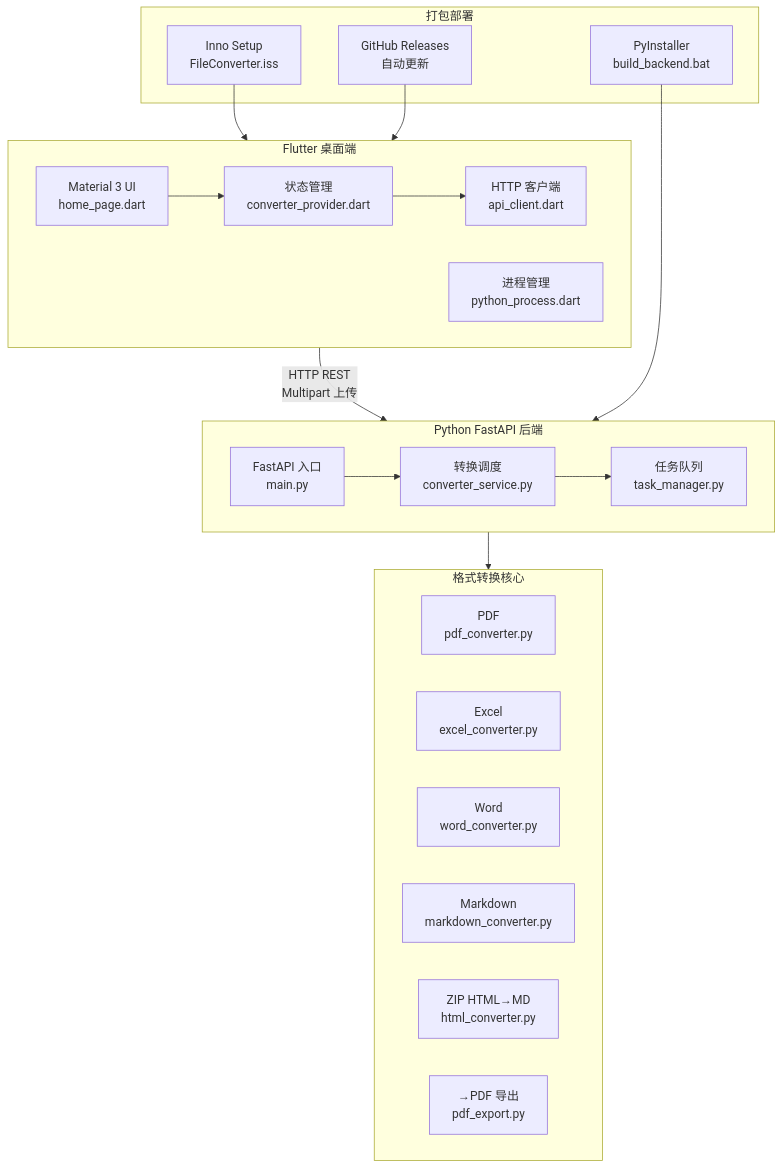
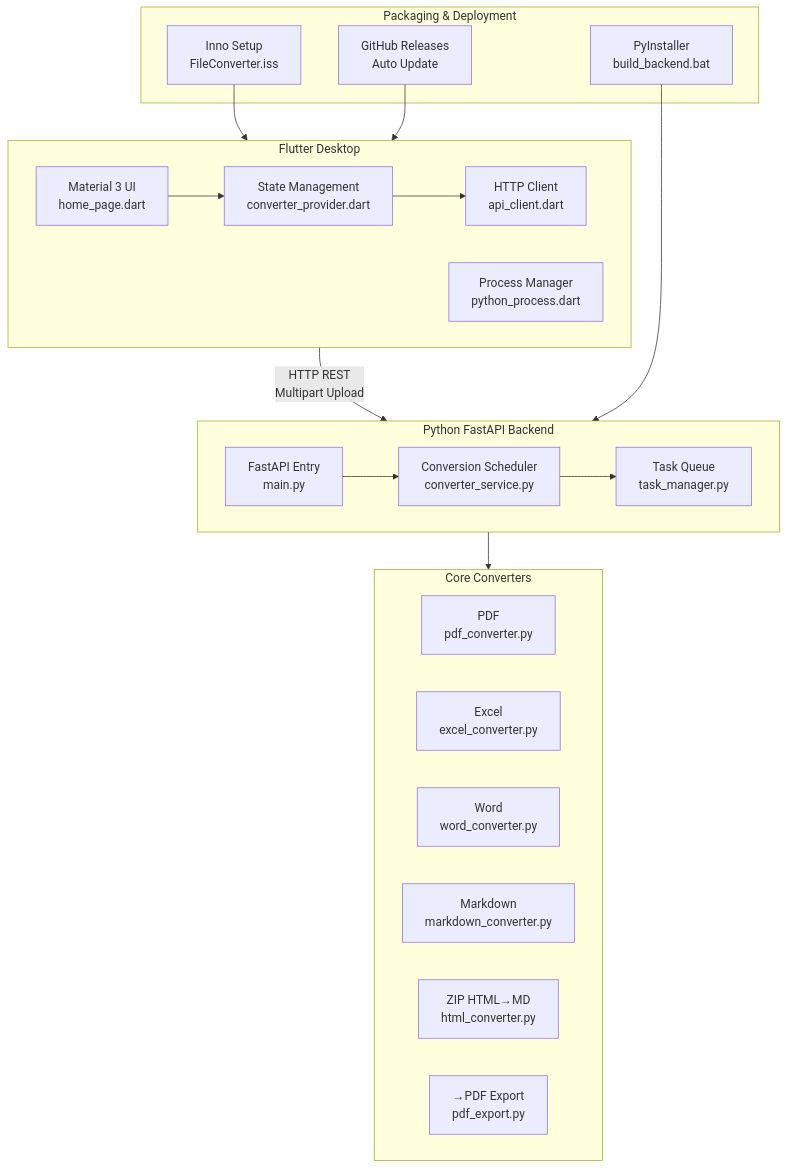
One commit to X1nLu/FileConverter changed the diagram in README.md. Above: the diagram before and after it, drawn with Mermaid. The commit also changed other lines of this file and 25 other files, not shown here.

````diff
--- a/README.md
+++ b/README.md
@@ -11,40 +11,40 @@
 ```mermaid
 flowchart TB
-    subgraph Frontend["Flutter 桌面端"]
+    subgraph Frontend["Flutter Desktop"]
         UI["Material 3 UI\nhome_page.dart"]
-        Provider["状态管理\nconverter_provider.dart"]
-        API["HTTP 客户端\napi_client.dart"]
-        Proc["进程管理\npython_process.dart"]
+        Provider["State Management\nconverter_provider.dart"]
+        API["HTTP Client\napi_client.dart"]
+        Proc["Process Manager\npython_process.dart"]
         UI --> Provider
         Provider --> API
     end
 
-    subgraph Backend["Python FastAPI 后端"]
-        FastAPI["FastAPI 入口\nmain.py"]
-        CS["转换调度\nconverter_service.py"]
-        TM["任务队列\ntask_manager.py"]
+    subgraph Backend["Python FastAPI Backend"]
+        FastAPI["FastAPI Entry\nmain.py"]
+        CS["Conversion Scheduler\nconverter_service.py"]
+        TM["Task Queue\ntask_manager.py"]
         FastAPI --> CS
         CS --> TM
     end
 
-    subgraph Converters["格式转换核心"]
+    subgraph Converters["Core Converters"]
         PDF["PDF\npdf_converter.py"]
         XLSX["Excel\nexcel_converter.py"]
         DOCX["Word\nword_converter.py"]
         MD["Markdown\nmarkdown_converter.py"]
         HTML["ZIP HTML→MD\nhtml_converter.py"]
-        PDF_EXPORT["→PDF 导出\npdf_export.py"]
+        PDF_EXPORT["→PDF Export\npdf_export.py"]
     end
 
-    subgraph Packaging["打包部署"]
+    subgraph Packaging["Packaging & Deployment"]
         PYPKG["PyInstaller\nbuild_backend.bat"]
         INSTALLER["Inno Setup\nFileConverter.iss"]
-        UPDATE["GitHub Releases\n自动更新"]
+        UPDATE["GitHub Releases\nAuto Update"]
     end
 
-    Frontend -- "HTTP REST\nMultipart 上传" --> Backend
+    Frontend -- "HTTP REST\nMultipart Upload" --> Backend
     Backend --> Converters
     PYPKG --> Backend
     INSTALLER --> Frontend
     UPDATE --> Frontend
 ```
````
